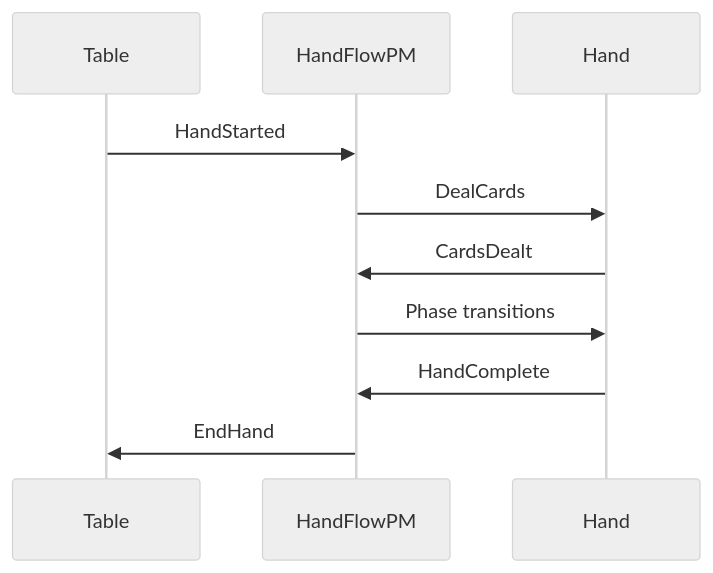
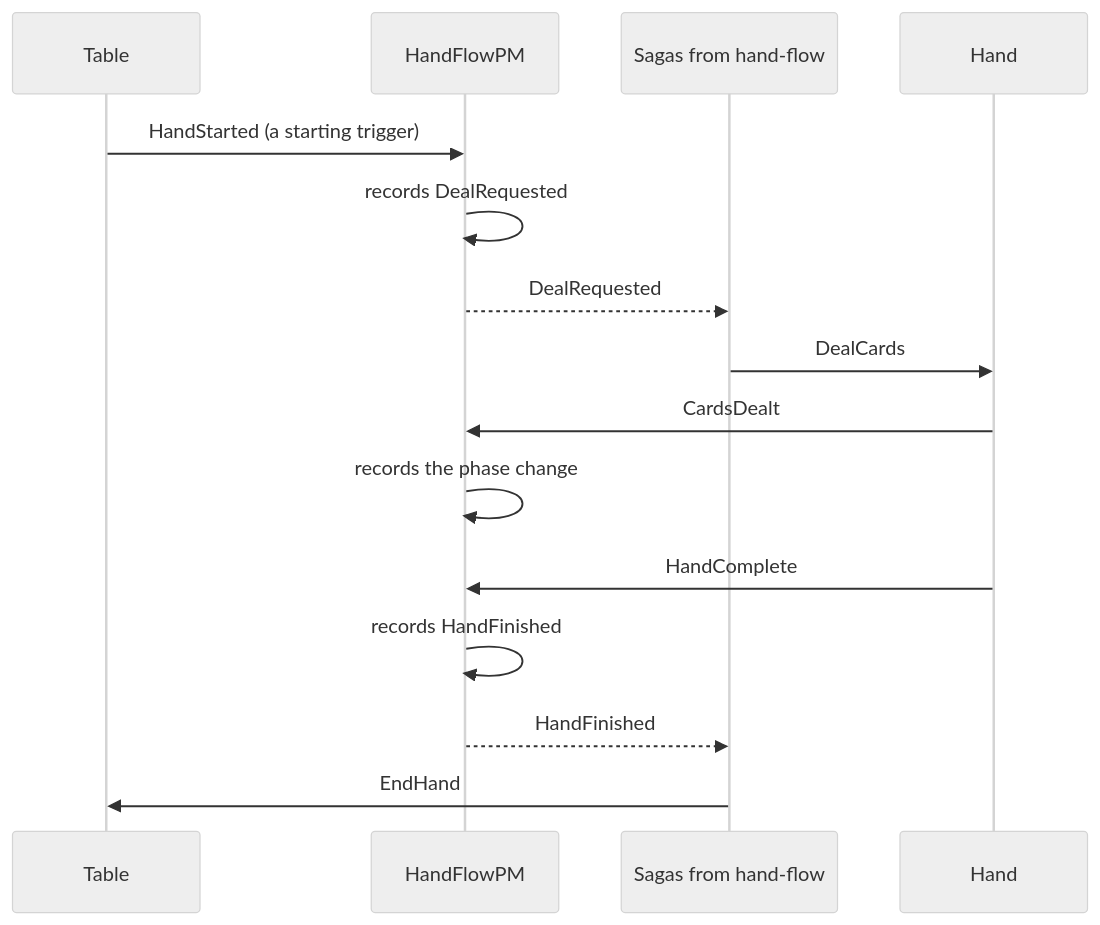
The diagram in site/src/content/docs/components/process-manager.mdx (angzarr-io/angzarr-project), drawn with Mermaid (neutral theme) before and after one commit. The commit also changed other lines of this file and 3 other files, not shown here.

````diff
--- a/site/src/content/docs/components/process-manager.mdx
+++ b/site/src/content/docs/components/process-manager.mdx
@@ -50,13 +52,18 @@
 ```mermaid
 sequenceDiagram
     participant T as Table
     participant PM as HandFlowPM
+    participant S as Sagas from hand-flow
     participant H as Hand
 
-    T->>PM: HandStarted
-    PM->>H: DealCards
+    T->>PM: HandStarted (a starting trigger)
+    PM->>PM: records DealRequested
+    PM-->>S: DealRequested
+    S->>H: DealCards
     H->>PM: CardsDealt
-    PM->>H: Phase transitions
+    PM->>PM: records the phase change
     H->>PM: HandComplete
-    PM->>T: EndHand
+    PM->>PM: records HandFinished
+    PM-->>S: HandFinished
+    S->>T: EndHand
 ```
````
